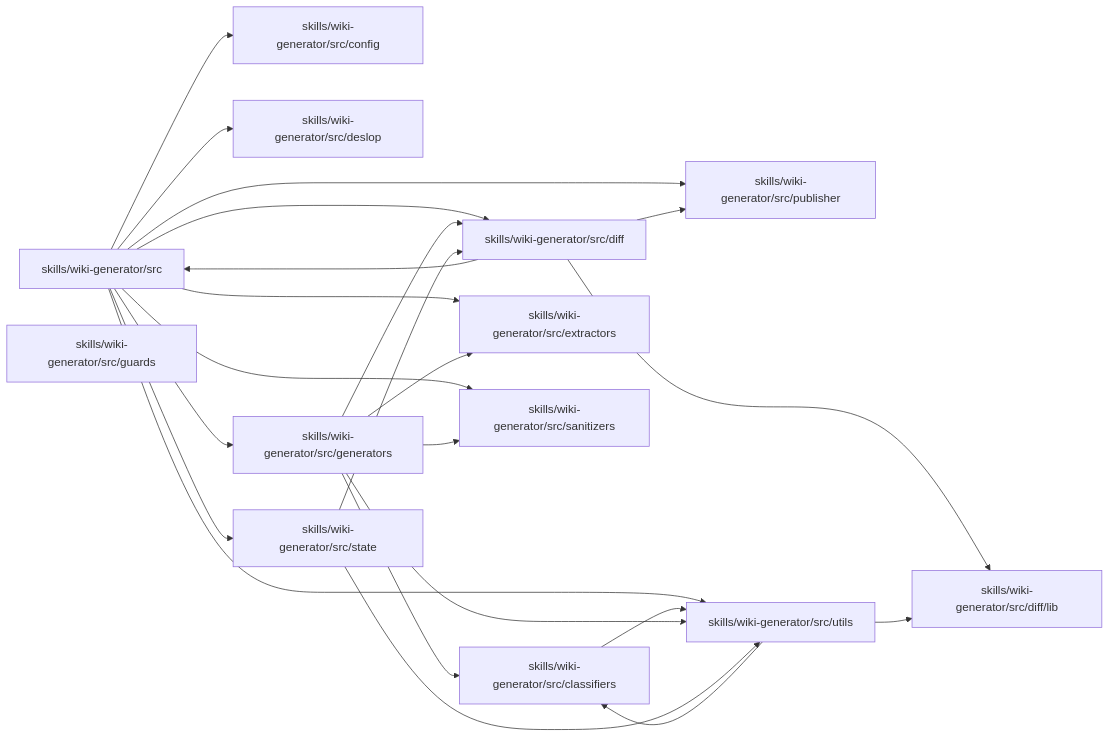
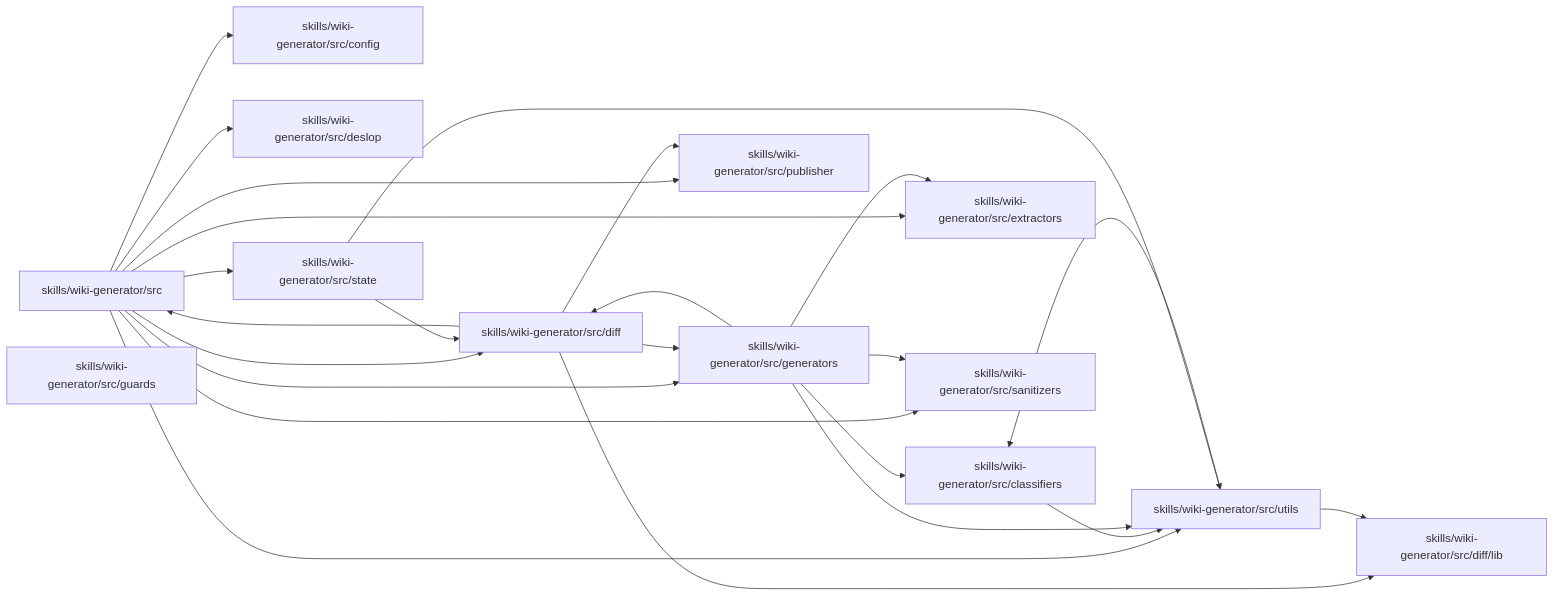
Before and after one commit to j0KZ/jkz-docs: the fifth of 5 diagrams in wiki/reference/architecture.md, drawn with Mermaid. The commit also changed other lines of this file, not shown here.

````diff
--- a/wiki/reference/architecture.md
+++ b/wiki/reference/architecture.md
@@ -53,38 +53,39 @@
 ```mermaid
 graph LR
   n0["skills/wiki-generator/src"]
   n1["skills/wiki-generator/src/classifiers"]
   n2["skills/wiki-generator/src/config"]
   n3["skills/wiki-generator/src/deslop"]
   n4["skills/wiki-generator/src/diff"]
   n5["skills/wiki-generator/src/diff/lib"]
   n6["skills/wiki-generator/src/extractors"]
   n7["skills/wiki-generator/src/generators"]
   n8["skills/wiki-generator/src/guards"]
   n9["skills/wiki-generator/src/publisher"]
   n10["skills/wiki-generator/src/sanitizers"]
   n11["skills/wiki-generator/src/state"]
   n12["skills/wiki-generator/src/utils"]
   n0 --> n2
   n0 --> n3
   n0 --> n4
   n0 --> n6
   n0 --> n7
   n0 --> n9
   n0 --> n10
   n0 --> n11
   n0 --> n12
   n1 --> n12
   n4 --> n0
   n4 --> n5
+  n4 --> n7
   n4 --> n9
   n7 --> n1
   n7 --> n4
   n7 --> n6
   n7 --> n10
   n7 --> n12
   n11 --> n4
   n11 --> n12
   n12 --> n1
   n12 --> n5
 ```
````
